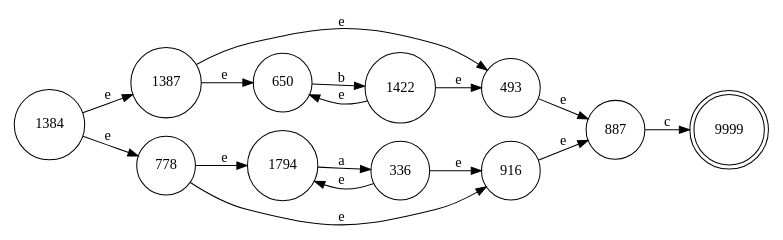
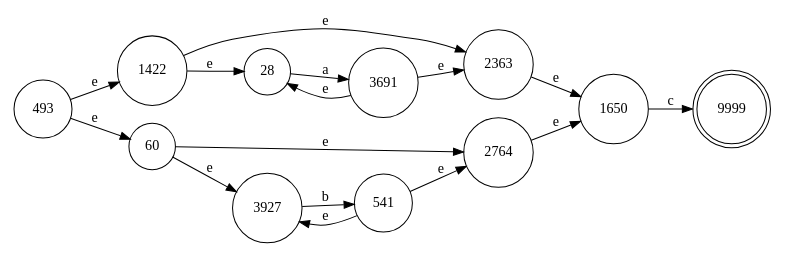
The diagram in thompson.gv (paulbelches/scannerAndParserGenerator), drawn with Graphviz before and after one commit. The commit also changed 10 other files, not shown here.

```diff
--- a/thompson.gv
+++ b/thompson.gv
@@ -1,36 +1,36 @@
 digraph finite_state_machine {
 	rankdir=LR size="8,5"
 	node [shape=doublecircle]
 	9999
 	node [shape=circle]
-	1384 -> 1387 [label=e
+	1422 -> 2363 [label=e
 ]
-	1384 -> 778 [label=e
+	1422 -> 28 [label=e
 ]
-	1387 -> 493 [label=e
+	1650 -> 9999 [label=c
 ]
-	1387 -> 650 [label=e
+	2363 -> 1650 [label=e
 ]
-	1422 -> 493 [label=e
+	2764 -> 1650 [label=e
 ]
-	1422 -> 650 [label=e
+	28 -> 3691 [label=a
 ]
-	1794 -> 336 [label=a
+	3691 -> 2363 [label=e
 ]
-	336 -> 1794 [label=e
+	3691 -> 28 [label=e
 ]
-	336 -> 916 [label=e
+	3927 -> 541 [label=b
 ]
-	493 -> 887 [label=e
+	493 -> 1422 [label=e
 ]
-	650 -> 1422 [label=b
+	493 -> 60 [label=e
 ]
-	778 -> 1794 [label=e
+	541 -> 2764 [label=e
 ]
-	778 -> 916 [label=e
+	541 -> 3927 [label=e
 ]
-	887 -> 9999 [label=c
+	60 -> 2764 [label=e
 ]
-	916 -> 887 [label=e
+	60 -> 3927 [label=e
 ]
 }
```
